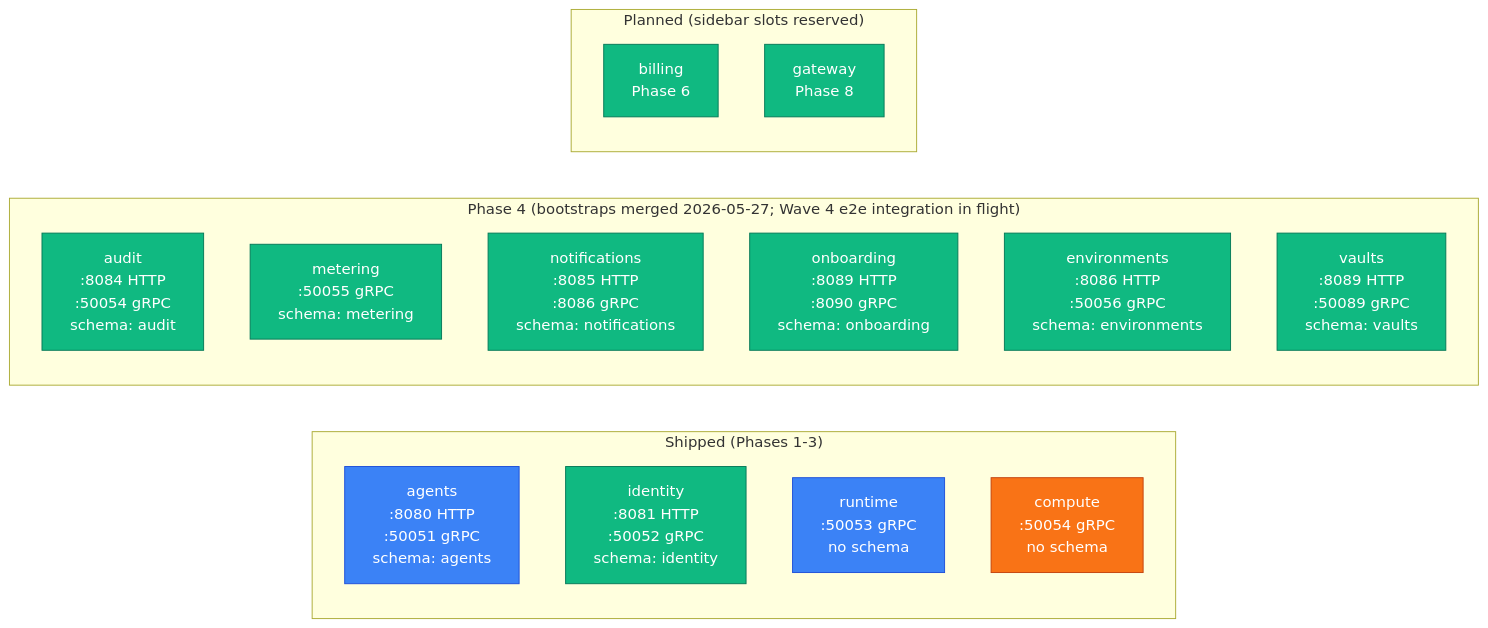
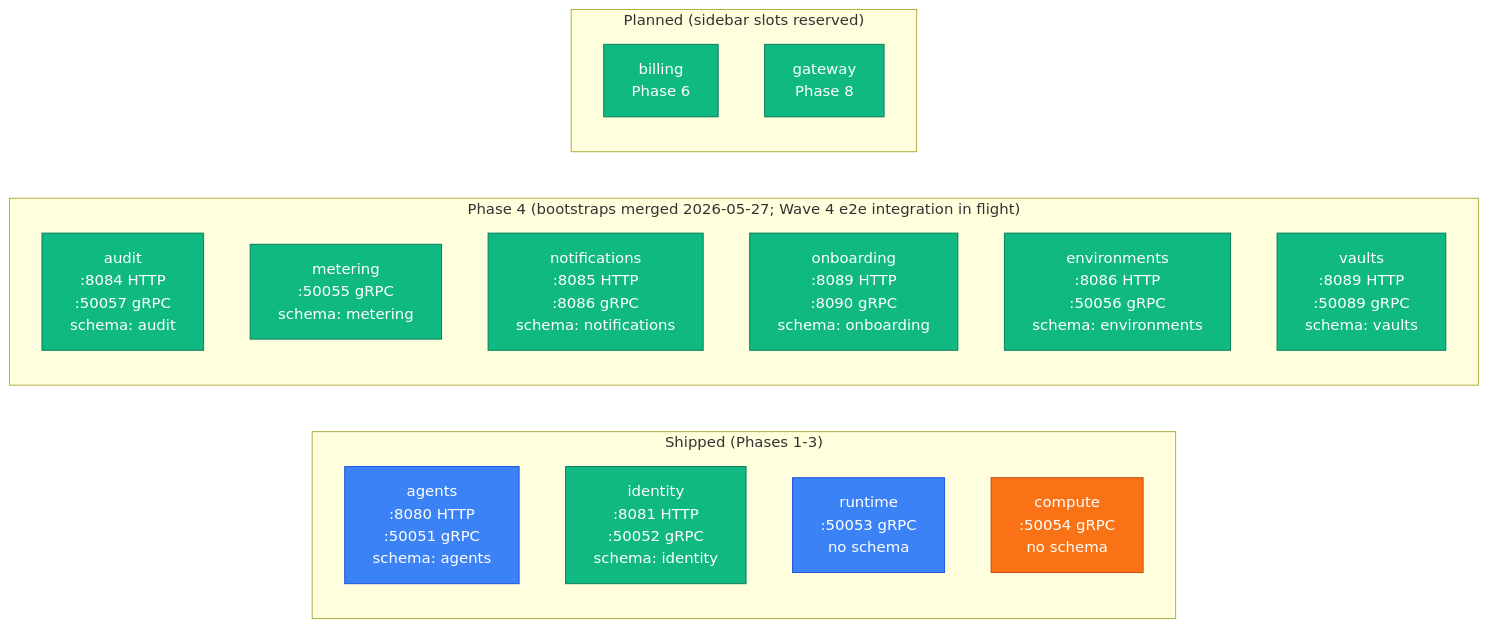
One commit to paper-board/.github changed the diagram in docs/src/content/docs/architecture/service-map.md. Above: the diagram before and after it, drawn with Mermaid. The commit also changed other lines of this file and 2 other files, not shown here.

````diff
--- a/docs/src/content/docs/architecture/service-map.md
+++ b/docs/src/content/docs/architecture/service-map.md
@@ -16,33 +16,33 @@
 ```mermaid
 flowchart LR
   subgraph shipped["Shipped (Phases 1-3)"]
     agents["agents<br/>:8080 HTTP<br/>:50051 gRPC<br/>schema: agents"]
     identity["identity<br/>:8081 HTTP<br/>:50052 gRPC<br/>schema: identity"]
     runtime["runtime<br/>:50053 gRPC<br/>no schema"]
     compute["compute<br/>:50054 gRPC<br/>no schema"]
   end
 
   subgraph phase4["Phase 4 (bootstraps merged 2026-05-27; Wave 4 e2e integration in flight)"]
-    audit["audit<br/>:8084 HTTP<br/>:50054 gRPC<br/>schema: audit"]
+    audit["audit<br/>:8084 HTTP<br/>:50057 gRPC<br/>schema: audit"]
     metering["metering<br/>:50055 gRPC<br/>schema: metering"]
     notifications["notifications<br/>:8085 HTTP<br/>:8086 gRPC<br/>schema: notifications"]
     onboarding["onboarding<br/>:8089 HTTP<br/>:8090 gRPC<br/>schema: onboarding"]
     environments["environments<br/>:8086 HTTP<br/>:50056 gRPC<br/>schema: environments"]
     vaults["vaults<br/>:8089 HTTP<br/>:50089 gRPC<br/>schema: vaults"]
   end
 
   subgraph planned["Planned (sidebar slots reserved)"]
     billing["billing<br/>Phase 6"]
     gateway["gateway<br/>Phase 8"]
   end
 
   classDef controlPlane fill:#10b981,stroke:#047857,color:#fff
   classDef dataPlane fill:#3b82f6,stroke:#1d4ed8,color:#fff
   classDef sandbox fill:#f97316,stroke:#c2410c,color:#fff
   classDef external fill:#ef4444,stroke:#b91c1c,color:#fff
   classDef persistence fill:#6b7280,stroke:#374151,color:#fff
 
   class identity,audit,metering,notifications,onboarding,environments,vaults,billing,gateway controlPlane
   class agents,runtime dataPlane
   class compute sandbox
 ```
````
